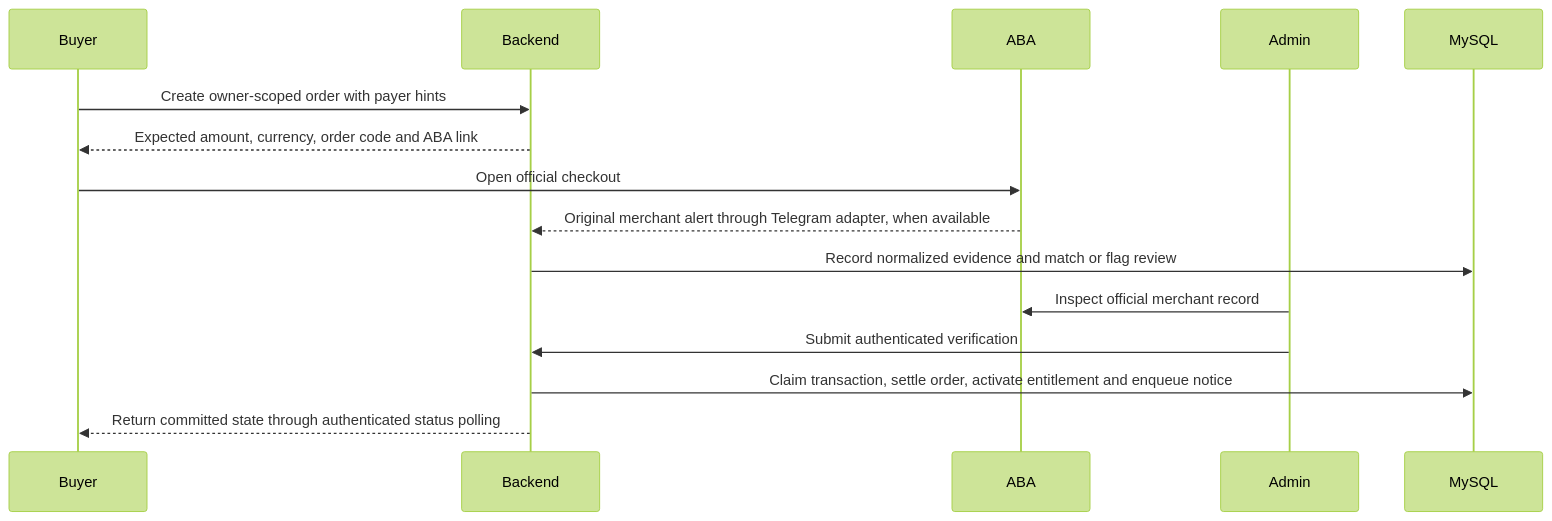
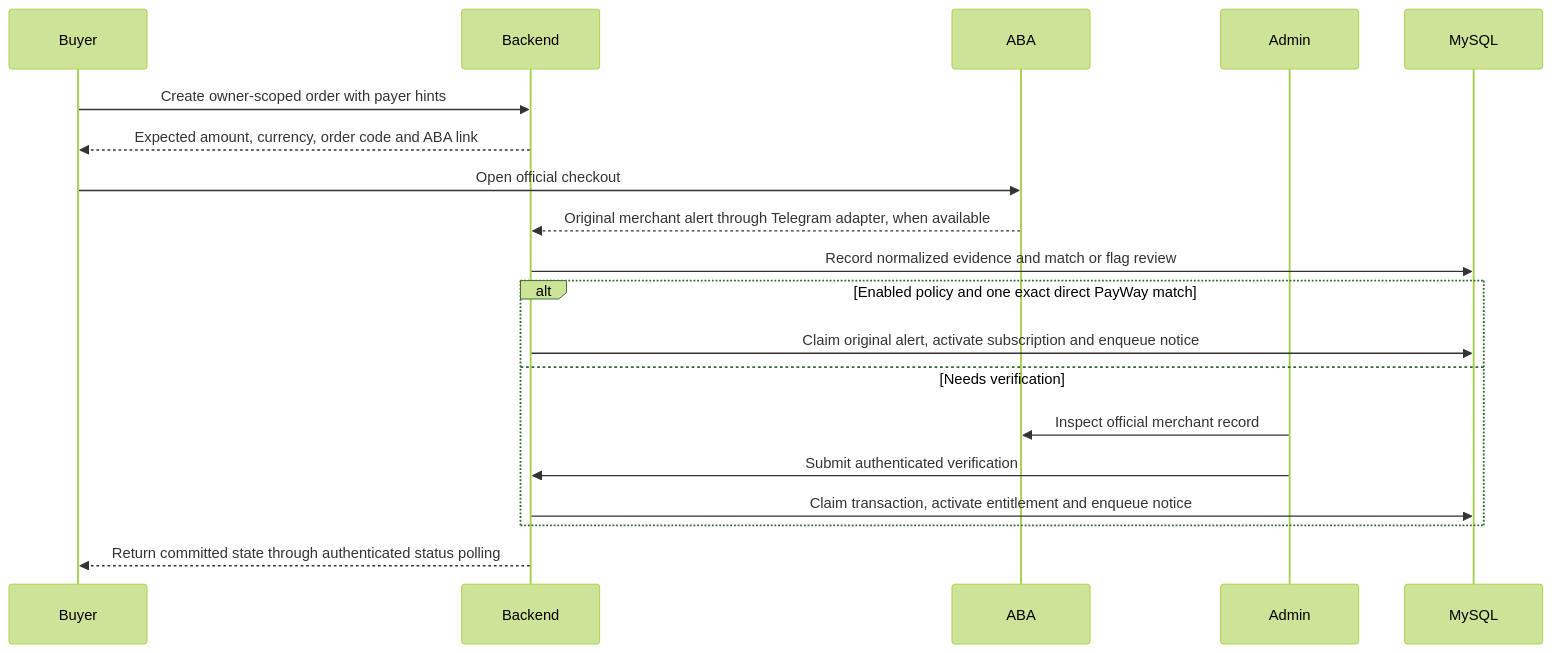
Before and after one commit to Ny-Panha/Koupreng-invitation_project: the first of 2 diagrams in docs/api/payment-operations-v4.md, drawn with Mermaid (forest theme). The commit also changed other lines of this file and 15 other files, not shown here.

Commit message:
Enable optional PayWay Telegram subscription settlement

````diff
--- a/docs/api/payment-operations-v4.md
+++ b/docs/api/payment-operations-v4.md
@@ -33,17 +34,21 @@
 ```mermaid
 sequenceDiagram
     participant Buyer
     participant Backend
     participant ABA
     participant Admin
     participant MySQL
     Buyer->>Backend: Create owner-scoped order with payer hints
     Backend-->>Buyer: Expected amount, currency, order code and ABA link
     Buyer->>ABA: Open official checkout
     ABA-->>Backend: Original merchant alert through Telegram adapter, when available
     Backend->>MySQL: Record normalized evidence and match or flag review
-    Admin->>ABA: Inspect official merchant record
-    Admin->>Backend: Submit authenticated verification
-    Backend->>MySQL: Claim transaction, settle order, activate entitlement and enqueue notice
+    alt Enabled policy and one exact direct PayWay match
+        Backend->>MySQL: Claim original alert, activate subscription and enqueue notice
+    else Needs verification
+        Admin->>ABA: Inspect official merchant record
+        Admin->>Backend: Submit authenticated verification
+        Backend->>MySQL: Claim transaction, activate entitlement and enqueue notice
+    end
     Backend-->>Buyer: Return committed state through authenticated status polling
 ```
````
